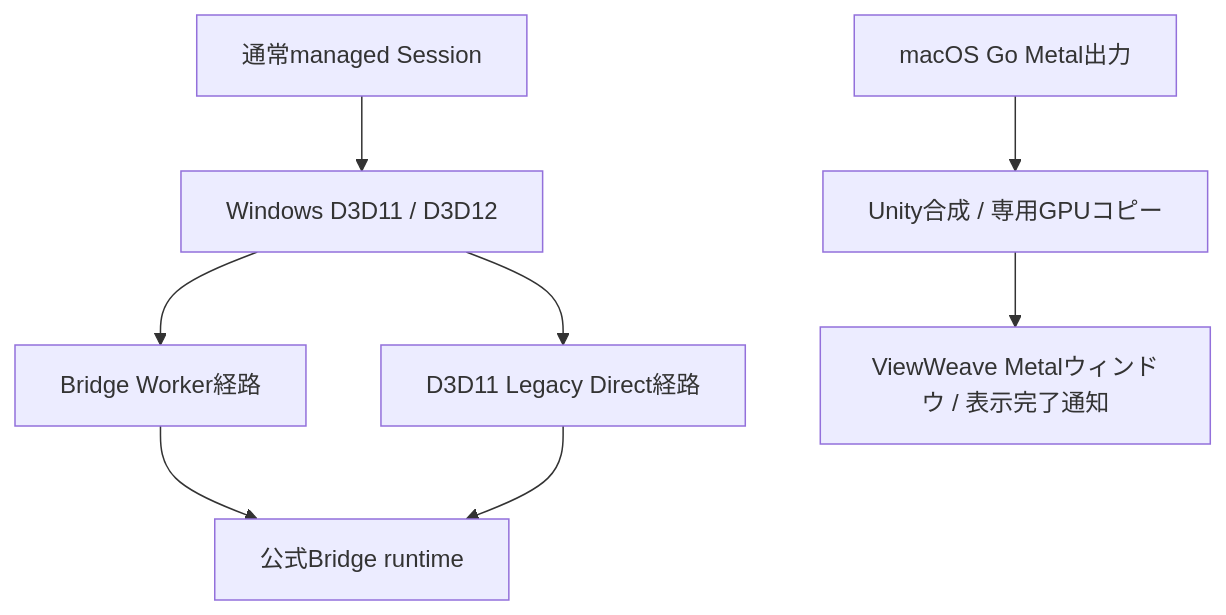
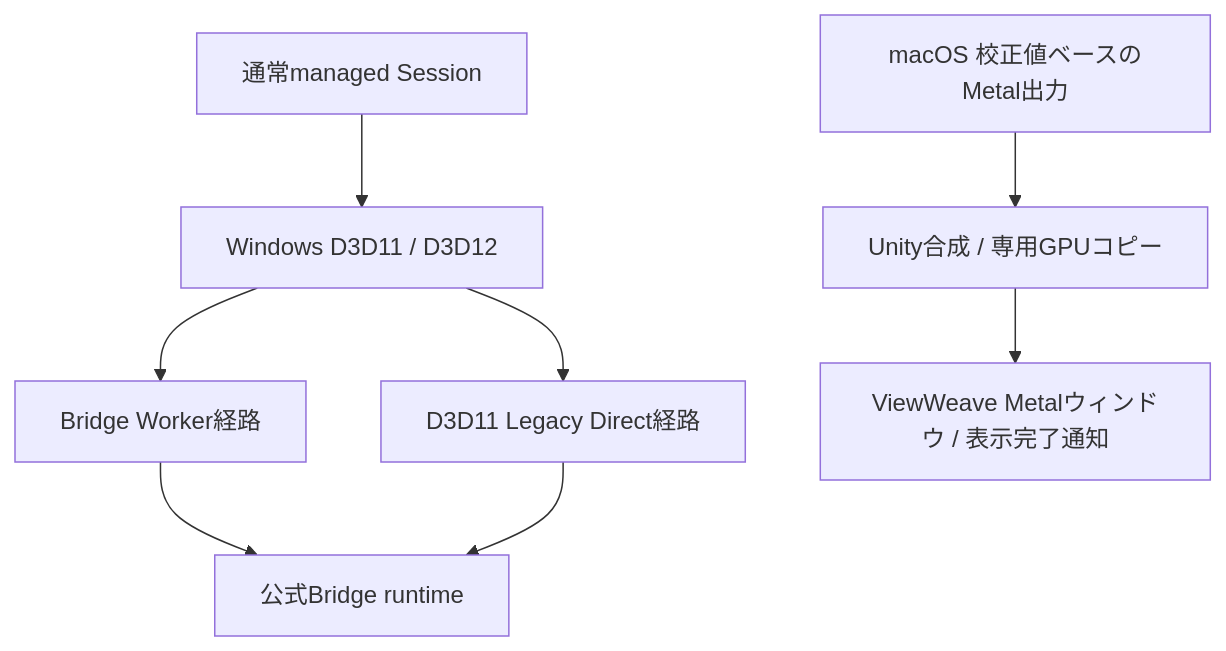
One commit to zabaglione/ViewWeave changed the diagram in docs/ja/graphics-backends.md. Above: the diagram before and after it, drawn with Mermaid. The commit also changed other lines of this file and 35 other files, not shown here.

Commit message:
Generalize macOS Metal output from Bridge calibration

````diff
--- a/docs/ja/graphics-backends.md
+++ b/docs/ja/graphics-backends.md
@@ -23,10 +23,10 @@
 ```mermaid
 flowchart TD
     Session["通常managed Session"] --> Windows["Windows D3D11 / D3D12"]
     Windows --> Worker["Bridge Worker経路"]
     Windows --> Legacy["D3D11 Legacy Direct経路"]
     Worker --> Bridge["公式Bridge runtime"]
     Legacy --> Bridge
-    Metal["macOS Go Metal出力"] --> Interlace["Unity合成 / 専用GPUコピー"]
+    Metal["macOS 校正値ベースのMetal出力"] --> Interlace["Unity合成 / 専用GPUコピー"]
     Interlace --> Window["ViewWeave Metalウィンドウ / 表示完了通知"]
 ```
````
